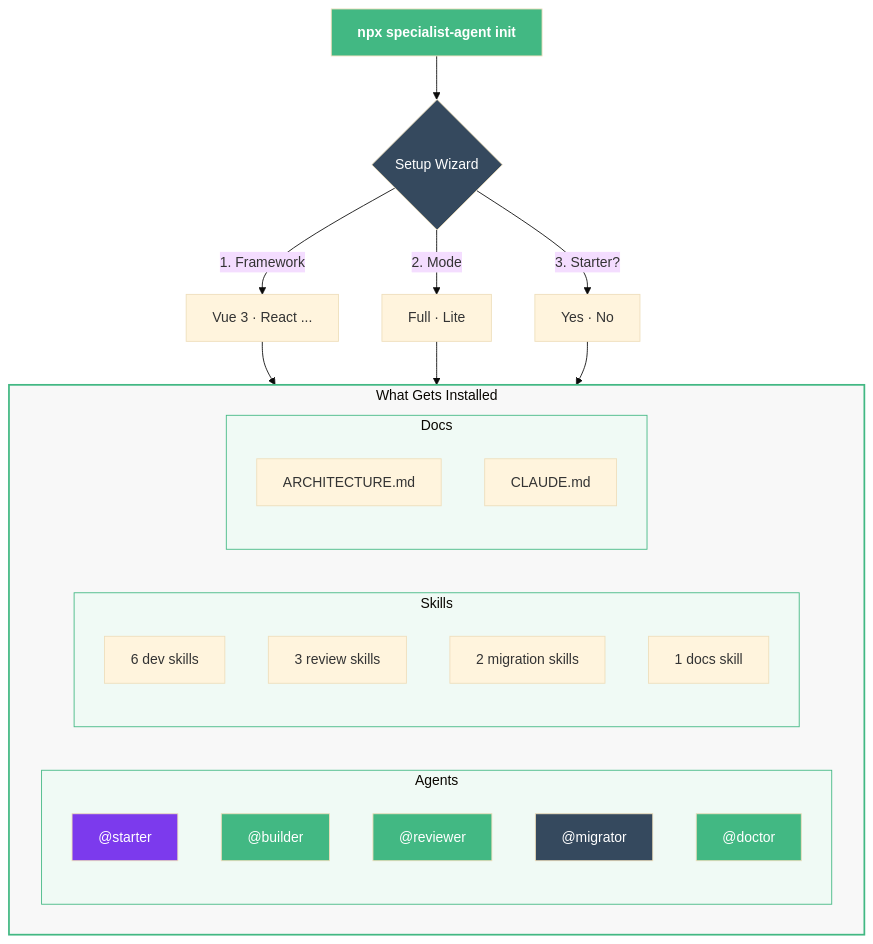
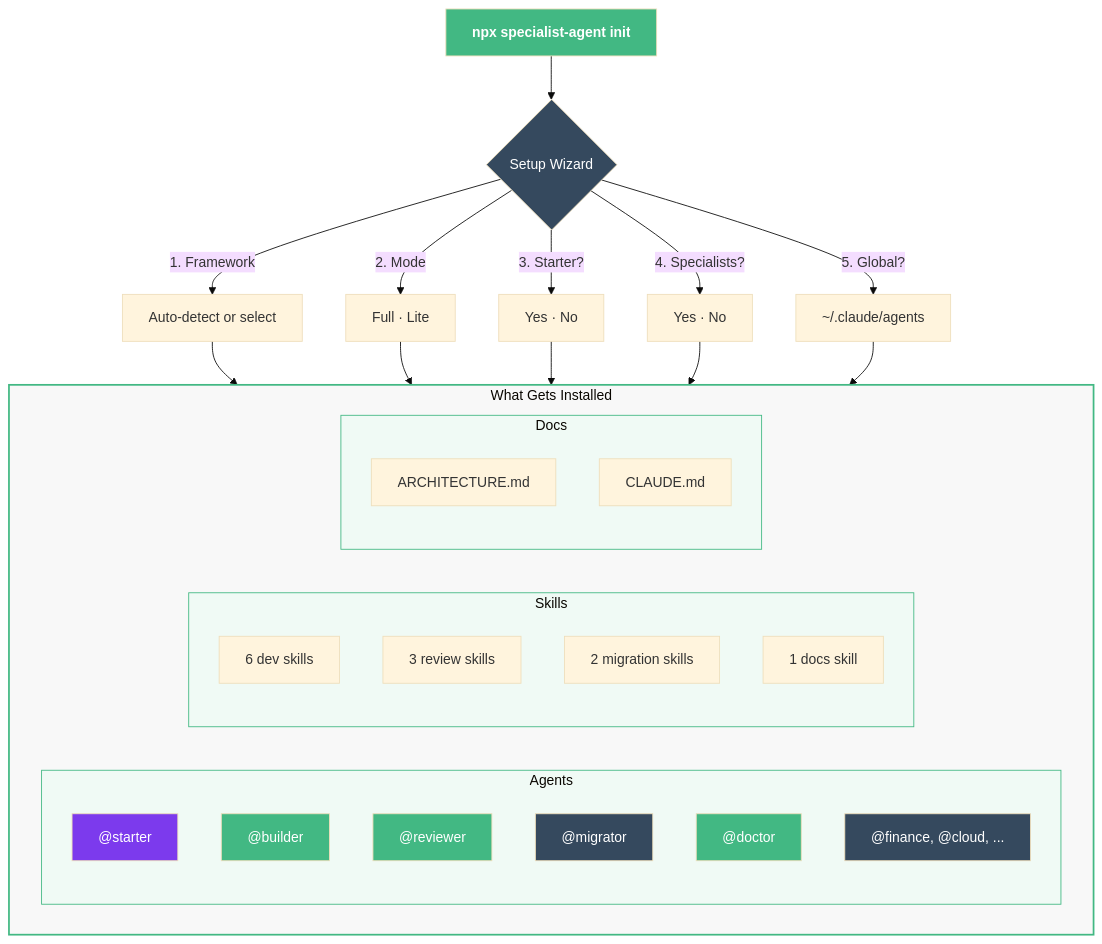
The diagram in docs/guide/installation.md (HerbertJulio/specialist-agent), drawn with Mermaid (base theme) before and after one commit. The commit also changed other lines of this file and 2 other files, not shown here.

First line of the commit message:
docs: update wizard steps to reflect new CLI features

````diff
--- a/docs/guide/installation.md
+++ b/docs/guide/installation.md
@@ -25,51 +28,57 @@
 ```mermaid
 graph TB
     setup["npx specialist-agent init"] --> wizard{"Setup Wizard"}
 
-    wizard -->|"1. Framework"| pack["Vue 3 · React ..."]
+    wizard -->|"1. Framework"| pack["Auto-detect or select"]
     wizard -->|"2. Mode"| mode["Full · Lite"]
     wizard -->|"3. Starter?"| starter["Yes · No"]
+    wizard -->|"4. Specialists?"| specialists["Yes · No"]
+    wizard -->|"5. Global?"| global["~/.claude/agents"]
 
     subgraph installed["  What Gets Installed  "]
         direction LR
 
         subgraph ag[" Agents "]
             direction TB
             a1["@starter"]
             a2["@builder"]
             a3["@reviewer"]
             a4["@migrator"]
             a5["@doctor"]
+            a6["@finance, @cloud, ..."]
         end
 
         subgraph sk[" Skills "]
             direction TB
             s1["6 dev skills"]
             s2["3 review skills"]
             s3["2 migration skills"]
             s4["1 docs skill"]
         end
 
         subgraph dc[" Docs "]
             direction TB
             d1["ARCHITECTURE.md"]
             d2["CLAUDE.md"]
         end
     end
 
     pack --> installed
     mode --> installed
     starter --> installed
+    specialists --> installed
+    global --> installed
 
     style setup fill:#42b883,color:#fff,font-weight:bold
     style wizard fill:#35495e,color:#fff
     style installed fill:#f8f8f8,stroke:#42b883,stroke-width:2px
     style ag fill:#f0faf5,stroke:#42b883
     style sk fill:#f0faf5,stroke:#42b883
     style dc fill:#f0faf5,stroke:#42b883
     style a1 fill:#7c3aed,color:#fff
     style a2 fill:#42b883,color:#fff
     style a3 fill:#42b883,color:#fff
     style a4 fill:#35495e,color:#fff
     style a5 fill:#42b883,color:#fff
+    style a6 fill:#35495e,color:#fff
 ```
````
